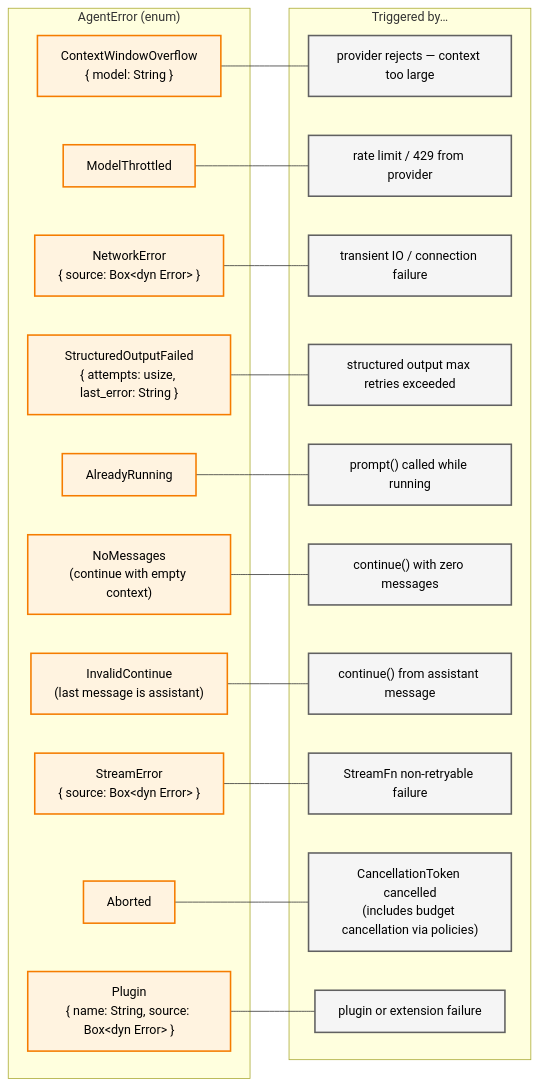
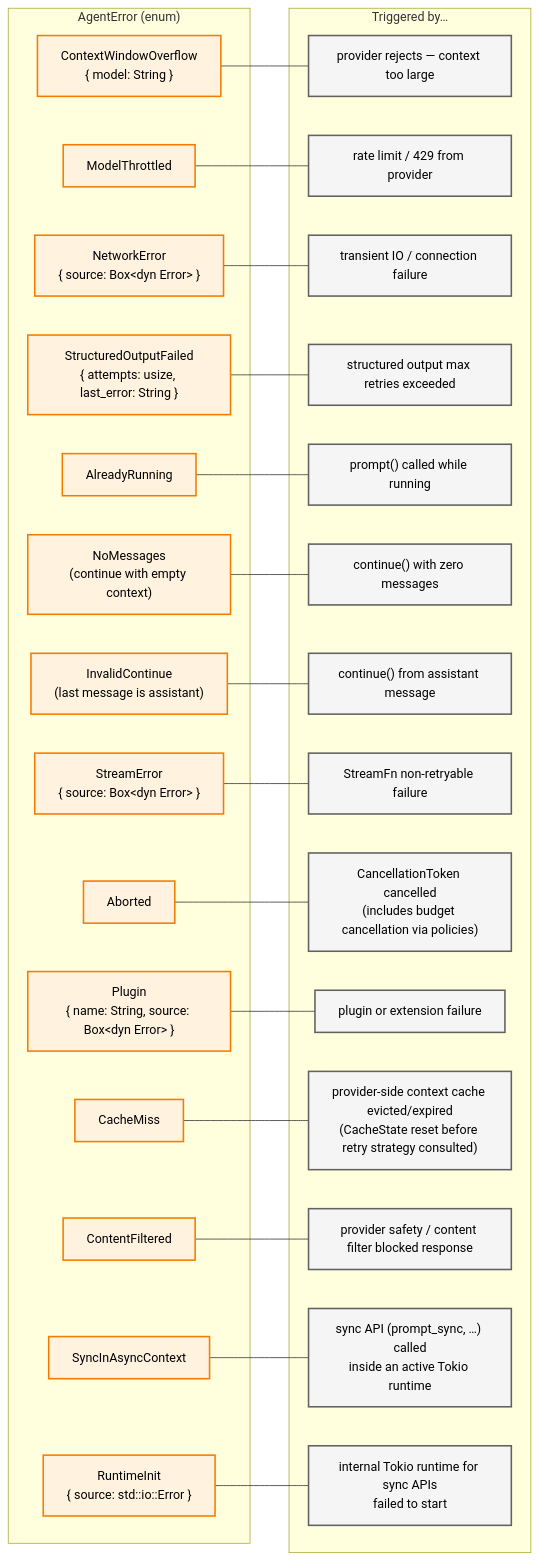
Before and after one commit to SuperSwinkAI/Swink-Agent: the second of 5 diagrams in docs/architecture/error-handling/README.md, drawn with Mermaid. The commit also changed other lines of this file and 21 other files, not shown here.

````diff
--- a/docs/architecture/error-handling/README.md
+++ b/docs/architecture/error-handling/README.md
@@ -71,45 +71,57 @@
 ```mermaid
 flowchart LR
     subgraph AgentError["AgentError (enum)"]
         CWO["ContextWindowOverflow<br/>{ model: String }"]
         ModelThrottled["ModelThrottled"]
         NetErr["NetworkError<br/>{ source: Box&lt;dyn Error&gt; }"]
         StructFail["StructuredOutputFailed<br/>{ attempts: usize, last_error: String }"]
         AlreadyRunning["AlreadyRunning"]
         NoMessages["NoMessages<br/>(continue with empty context)"]
         InvalidContinue["InvalidContinue<br/>(last message is assistant)"]
         StreamError["StreamError<br/>{ source: Box&lt;dyn Error&gt; }"]
         Aborted["Aborted"]
         Plugin["Plugin<br/>{ name: String, source: Box&lt;dyn Error&gt; }"]
+        CacheMiss["CacheMiss"]
+        ContentFiltered["ContentFiltered"]
+        SyncInAsync["SyncInAsyncContext"]
+        RuntimeInit["RuntimeInit<br/>{ source: std::io::Error }"]
     end
 
     subgraph Trigger["Triggered by…"]
         T1["provider rejects — context too large"]
         T2["rate limit / 429 from provider"]
         T3["transient IO / connection failure"]
         T4["structured output max retries exceeded"]
         T5["prompt() called while running"]
         T6["continue() with zero messages"]
         T7["continue() from assistant message"]
         T8["StreamFn non-retryable failure"]
         T9["CancellationToken cancelled<br/>(includes budget cancellation via policies)"]
         T10["plugin or extension failure"]
+        T11["provider-side context cache evicted/expired<br/>(CacheState reset before retry strategy consulted)"]
+        T12["provider safety / content filter blocked response"]
+        T13["sync API (prompt_sync, …) called<br/>inside an active Tokio runtime"]
+        T14["internal Tokio runtime for sync APIs<br/>failed to start"]
     end
 
     CWO --- T1
     ModelThrottled --- T2
     NetErr --- T3
     StructFail --- T4
     AlreadyRunning --- T5
     NoMessages --- T6
     InvalidContinue --- T7
     StreamError --- T8
     Aborted --- T9
     Plugin --- T10
+    CacheMiss --- T11
+    ContentFiltered --- T12
+    SyncInAsync --- T13
+    RuntimeInit --- T14
 
     classDef errStyle fill:#fff3e0,stroke:#f57c00,stroke-width:2px,color:#000
     classDef trigStyle fill:#f5f5f5,stroke:#616161,stroke-width:2px,color:#000
 
-    class CWO,ModelThrottled,NetErr,StructFail,AlreadyRunning,NoMessages,InvalidContinue,StreamError,Aborted,Plugin errStyle
-    class T1,T2,T3,T4,T5,T6,T7,T8,T9,T10 trigStyle
+    class CWO,ModelThrottled,NetErr,StructFail,AlreadyRunning,NoMessages,InvalidContinue,StreamError,Aborted,Plugin,CacheMiss,ContentFiltered,SyncInAsync,RuntimeInit errStyle
+    class T1,T2,T3,T4,T5,T6,T7,T8,T9,T10,T11,T12,T13,T14 trigStyle
 ```
````
